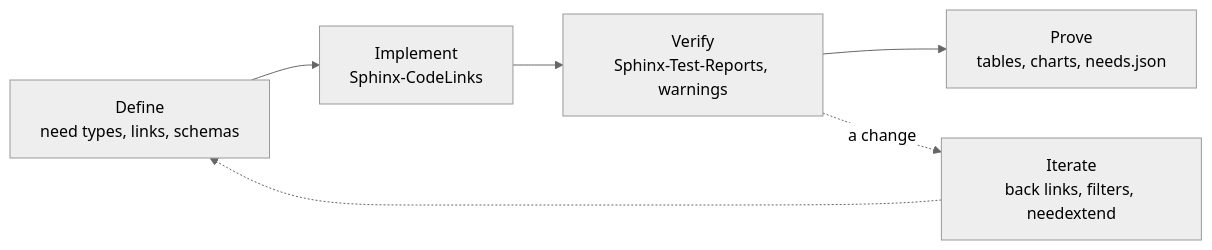
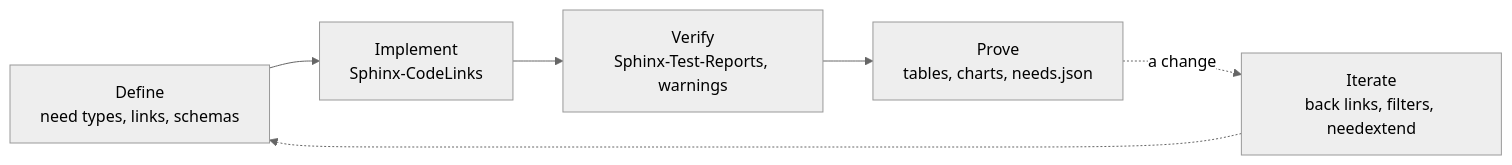
Before and after one commit to useblocks/sphinx-needs: the diagram in packages/sphinx-needs/docs/v_model.rst, drawn with Mermaid (neutral theme). The commit also changed other lines of this file, not shown here.

Commit message:
📚 V-model page: exact schema, needs.json history and prove wording; the change edge leaves prove

```diff
--- a/packages/sphinx-needs/docs/v_model.rst
+++ b/packages/sphinx-needs/docs/v_model.rst
@@ -12,11 +12,11 @@
 .. mermaid::
-   :alt: define, then implement, then verify, then prove; a change sends the work back through iterate to define
+   :alt: define, implement, verify and prove in turn; a change after prove goes through iterate back to define
 
    flowchart LR
      define["Define<br/>need types, links, schemas"]
      implement["Implement<br/>Sphinx-CodeLinks"]
      verify["Verify<br/>Sphinx-Test-Reports, warnings"]
      prove["Prove<br/>tables, charts, needs.json"]
      iterate["Iterate<br/>back links, filters, needextend"]
      define --> implement --> verify --> prove
-     verify -.->|a change| iterate -.-> define
+     prove -.->|a change| iterate -.-> define
```
